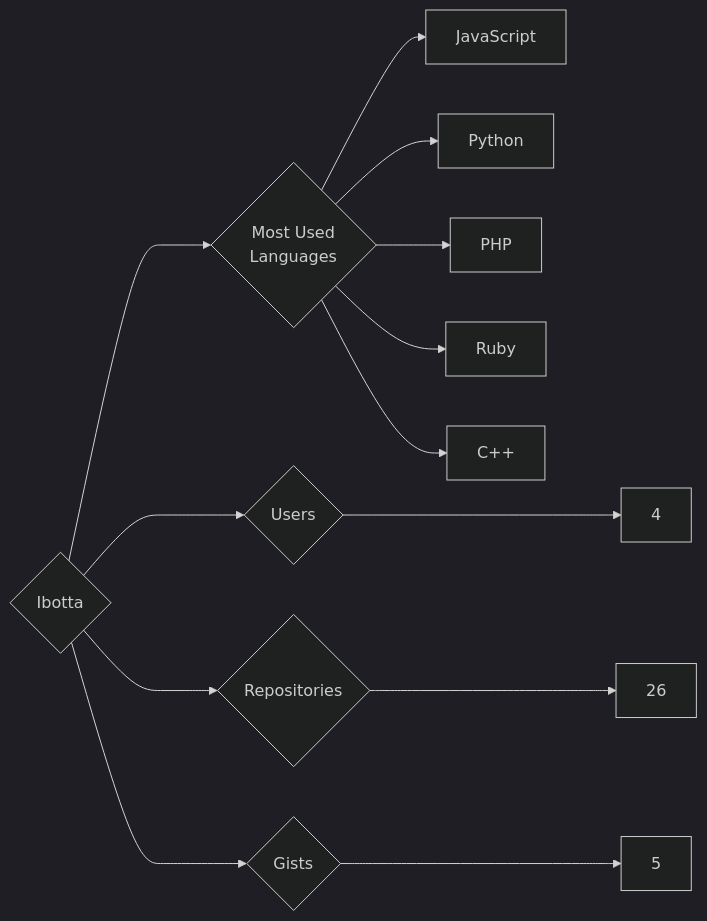
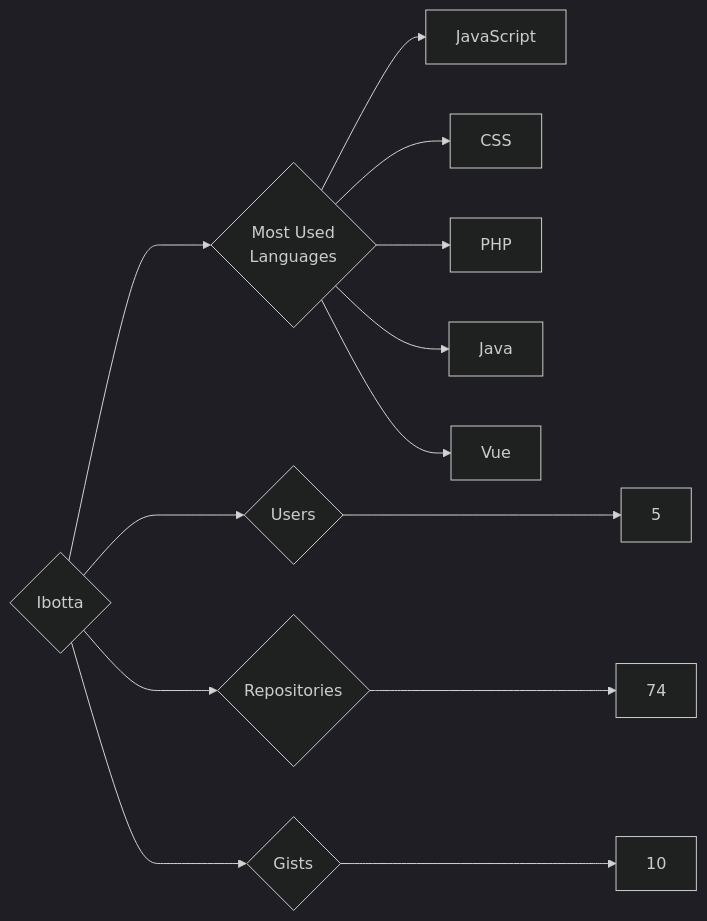
The diagram in targets/Ibotta/README.md (trickest/insiders), drawn with Mermaid (dark theme) before and after one commit. The commit also changed 1141 other files, not shown here.

````diff
--- a/targets/Ibotta/README.md
+++ b/targets/Ibotta/README.md
@@ -3,13 +3,13 @@
 ```mermaid
 graph LR
 COMPANY_NAME{Ibotta}
-COMPANY_NAME ---> U{Users} ---> UN[4]
-COMPANY_NAME ---> R{Repositories} ---> RN[26]
-COMPANY_NAME ---> G{Gists} ---> GN[5]
+COMPANY_NAME ---> U{Users} ---> UN[5]
+COMPANY_NAME ---> R{Repositories} ---> RN[74]
+COMPANY_NAME ---> G{Gists} ---> GN[10]
 COMPANY_NAME ---> ML{Most Used<br>Languages}
 ML --> JavaScript[JavaScript]
-ML --> Python[Python]
+ML --> CSS[CSS]
 ML --> PHP[PHP]
-ML --> Ruby[Ruby]
-ML --> C++[C++]
+ML --> Java[Java]
+ML --> Vue[Vue]
 ```
````
